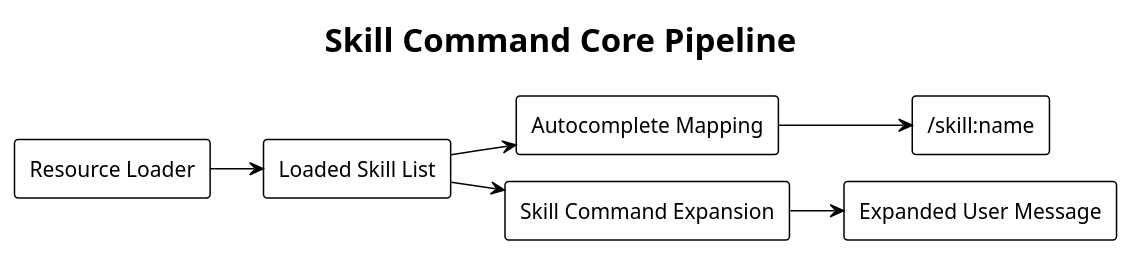
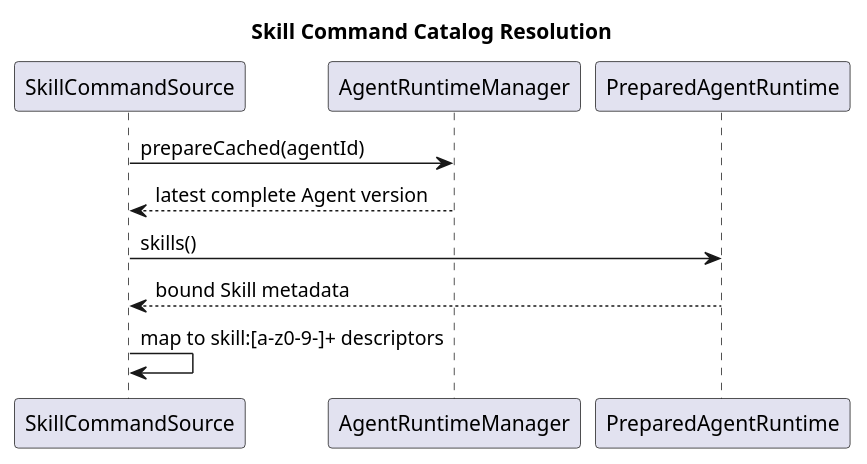
One commit to ssm0808/pi-mono-java-design changed the first of 4 diagrams in 04-命令与技能/02-技能命令/设计图/diagram.puml. Above: the diagram before and after it, drawn with PlantUML. The commit also changed other lines of this file and 66 other files, not shown here.

Commit message:
docs: design slash command module and HTTP contracts

```diff
--- a/04-命令与技能/02-技能命令/设计图/diagram.puml
+++ b/04-命令与技能/02-技能命令/设计图/diagram.puml
@@ -4,26 +1,19 @@
-@startuml 01-skill-command-pipeline
-' pi source: packages/coding-agent/src/core/resource-loader.ts:603-624
-' pi source: packages/coding-agent/src/modes/interactive/interactive-mode.ts:555-570
-' pi source: packages/coding-agent/src/core/agent-session.ts:1173-1196
-' Observed behavior: loaded skills are projected into completion DTOs and expanded at invocation time without per-skill handlers.
-!theme plain
-!pragma layout smetana
-skinparam defaultFontName "SansSerif"
+@startuml skill_catalog
+title Skill Command Catalog Resolution
 skinparam shadowing false
-skinparam backgroundColor transparent
-title Skill Command Core Pipeline
 
-left to right direction
-rectangle "Resource Loader" as A
-rectangle "Loaded Skill List" as B
-rectangle "Autocomplete Mapping" as C
-rectangle "/skill:name" as D
-rectangle "Skill Command Expansion" as E
-rectangle "Expanded User Message" as F
+' Source evidence: pi-mono-java@c1311f69 mate-campusclaw/src/main/java/com/huawei/hicampus/mate/matecampusclaw/codingagent/runtime/PreparedAgentRuntime.java:57-95
+' Source evidence: pi-mono@4af9d21d packages/coding-agent/src/modes/interactive/interactive-mode.ts:754-765
+' Observed behavior: both runtimes expose direct bound Skill name indexes.
+' Target design: every bound Skill is user-invocable under the skill: namespace.
 
-A --> B
-B --> C
-C --> D
-B --> E
-E --> F
+participant SkillCommandSource as Source
+participant AgentRuntimeManager as Runtime
+participant PreparedAgentRuntime as Snapshot
+
+Source -> Runtime : prepareCached(agentId)
+Runtime --> Source : latest complete Agent version
+Source -> Snapshot : skills()
+Snapshot --> Source : bound Skill metadata
+Source -> Source : map to skill:[a-z0-9-]+ descriptors
 @enduml
```
